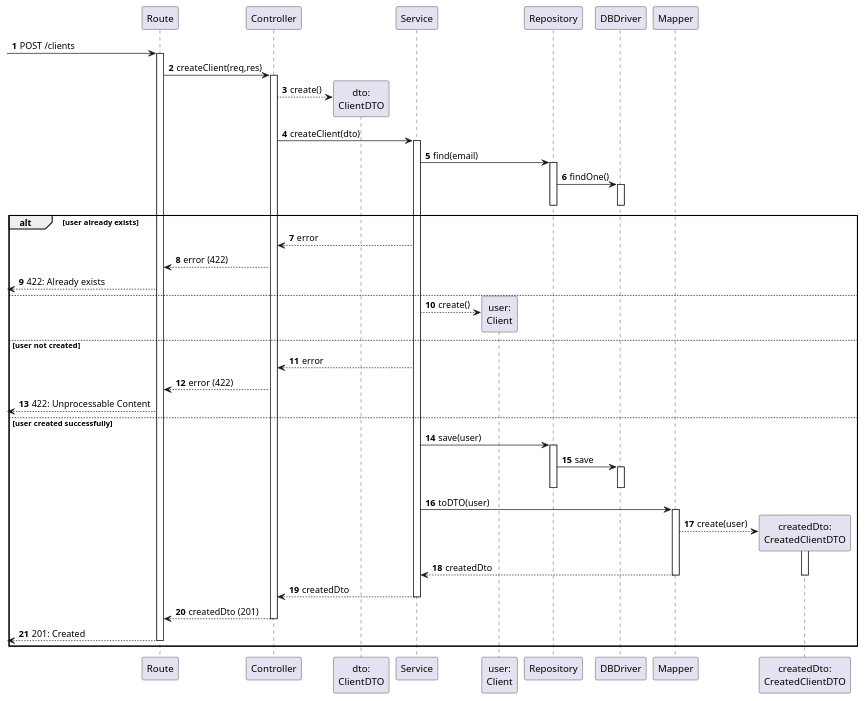
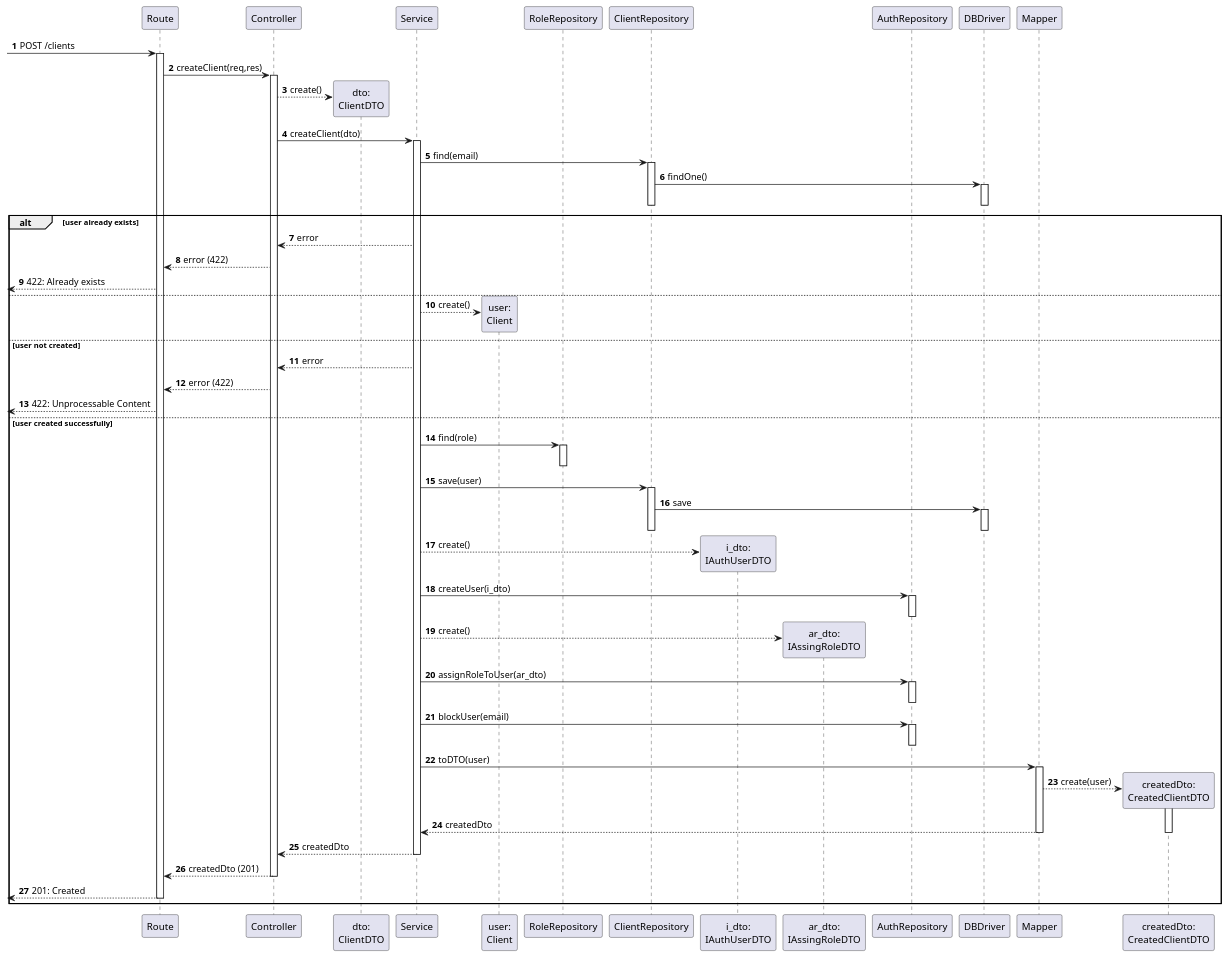
Before and after one commit to Departamento-de-Engenharia-Informatica/lapr5-23-24-g19: the diagram in docs/us20/level3/be-process-view.puml, drawn with PlantUML. The commit also changed 3 other files, not shown here.

```diff
--- a/docs/us20/level3/be-process-view.puml
+++ b/docs/us20/level3/be-process-view.puml
@@ -1,74 +1,97 @@
 @startuml
 autonumber
 
 participant "Route" as r
 participant "Controller" as ctrl
 participant "dto:\nClientDTO" as xdto
 participant "Service" as svc
 participant "user:\nClient" as b
-participant "Repository" as repo
+
+participant "RoleRepository" as r_repo
+participant "ClientRepository" as repo
+participant "i_dto:\nIAuthUserDTO" as i_dto
+participant "ar_dto:\nIAssingRoleDTO" as ar_dto
+participant "AuthRepository" as a_repo
+
+
 participant "DBDriver" as db
 
 
 participant "Mapper" as map
 
 participant "createdDto:\nCreatedClientDTO" as dto
 
 
 [-> r : POST /clients
 activate r
     r -> ctrl : createClient(req,res)
 
     activate ctrl
         ctrl --> xdto ** : create()
         ctrl -> svc : createClient(dto)
         activate svc
             svc -> repo: find(email)
             activate repo
                 repo -> db : findOne()
                 activate db
                 deactivate db
             deactivate repo
 
             alt user already exists
                 svc --> ctrl : error
                 ctrl --> r : error (422)
                 [<-- r : 422: Already exists
 
             else
             svc --> b ** : create()
 
             else user not created
                 svc --> ctrl : error
                 ctrl --> r : error (422)
                 [<-- r : 422: Unprocessable Content
             else user created successfully
 
-
+                svc -> r_repo: find(role)
+                activate r_repo
+                deactivate r_repo
 
 
                 svc -> repo : save(user)
                 activate repo
                     repo -> db : save
                     activate db
                     deactivate db
                 deactivate repo
+
+                svc --> i_dto ** : create()
+                svc -> a_repo : createUser(i_dto)
+                activate a_repo
+                deactivate a_repo
+
+                svc --> ar_dto ** : create()
+                svc -> a_repo : assignRoleToUser(ar_dto)
+                activate a_repo
+                deactivate a_repo
+
+                svc -> a_repo : blockUser(email)
+                activate a_repo
+                deactivate a_repo
 
                 svc -> map : toDTO(user)
                 activate map
                     map --> dto **: create(user)
                     activate dto
                         map --> svc : createdDto
                     deactivate dto
                 deactivate map
 
                 svc --> ctrl : createdDto
             deactivate svc
 
             ctrl --> r : createdDto (201)
         deactivate ctrl
     [<-- r : 201: Created
 deactivate r
 end
 
 @enduml
```
